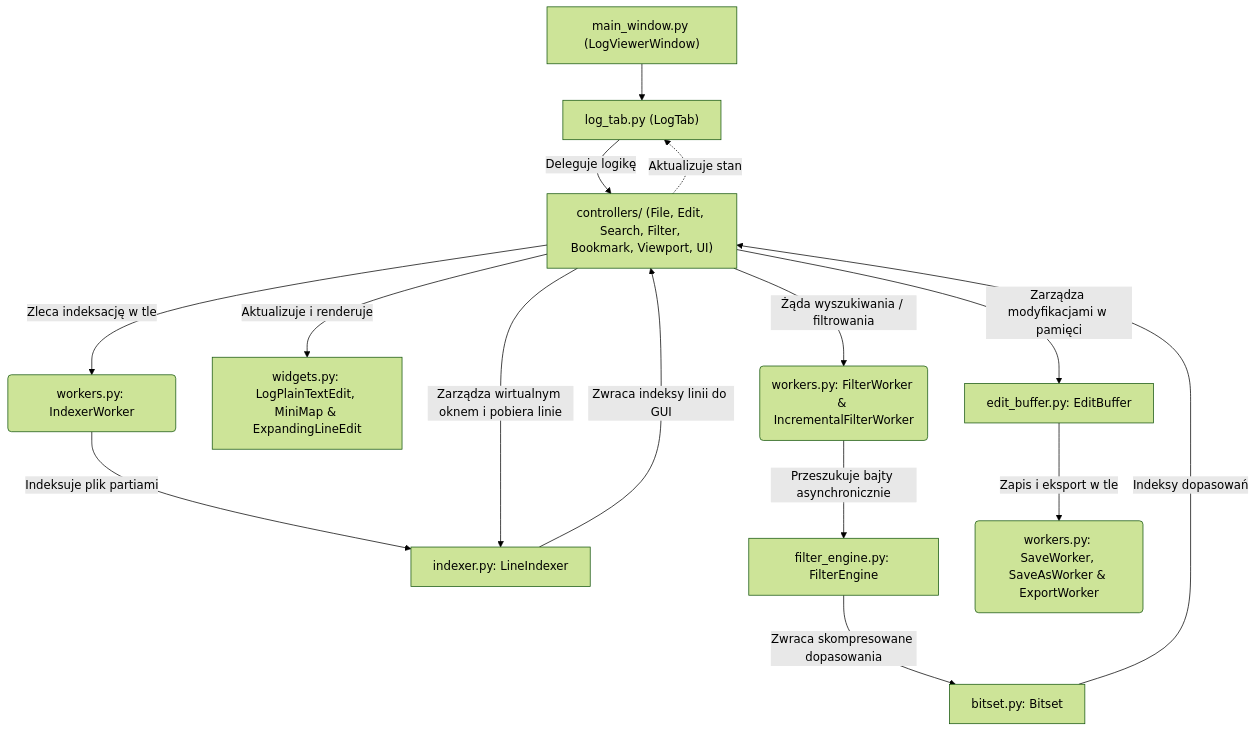
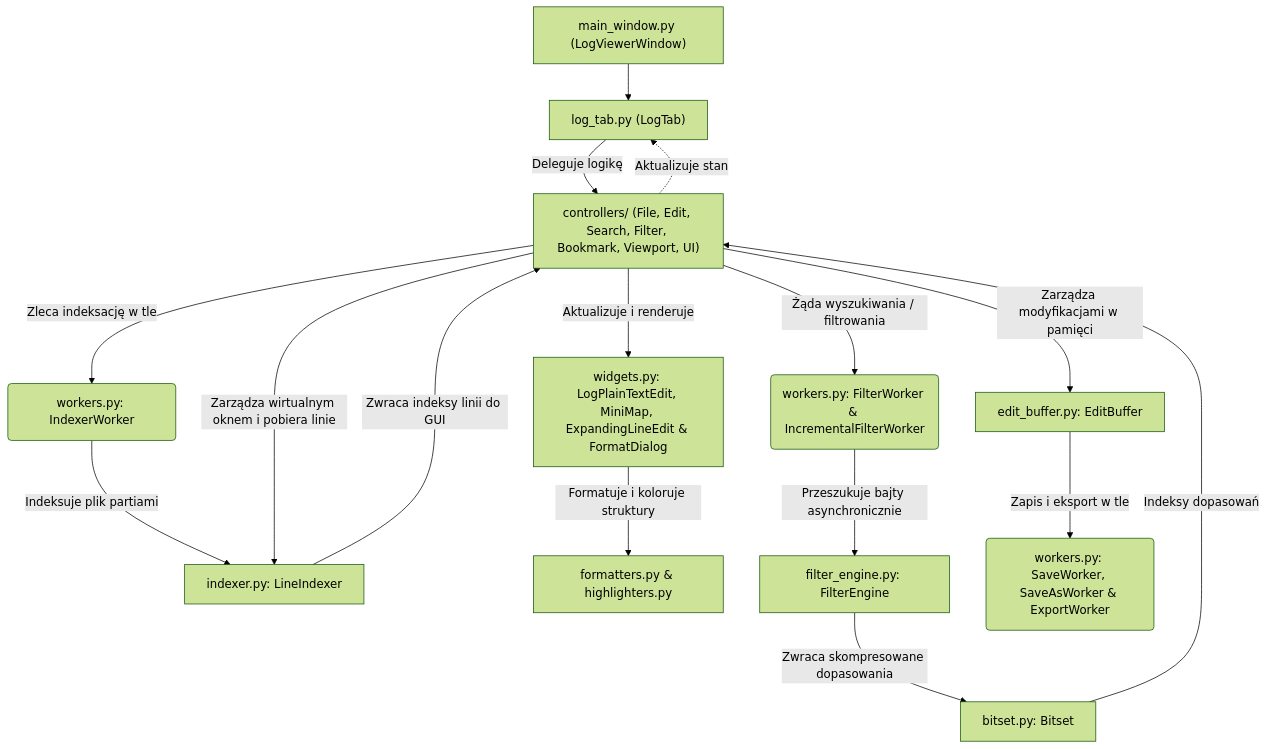
Before and after one commit to asmodeus94/log-viewer: the diagram in ARCHITECTURE.md, drawn with Mermaid (forest theme). The commit also changed other lines of this file and 18 other files, not shown here.

Commit message:
feat(search,formatter): podswietlanie podciagow wyszukiwania oraz rozbudowa FormatDialog (wyszukiwarka, kolorowanie skladni, wiele struktur w linii)

````diff
--- a/ARCHITECTURE.md
+++ b/ARCHITECTURE.md
@@ -9,17 +9,18 @@
 ```mermaid
 flowchart TD
     A["main_window.py (LogViewerWindow)"] --> B["log_tab.py (LogTab)"]
     B -->|"Deleguje logikę"| Z["controllers/ (File, Edit, Search, Filter, Bookmark, Viewport, UI)"]
     Z -->|"Zleca indeksację w tle"| C("workers.py: IndexerWorker")
     C -->|"Indeksuje plik partiami"| D["indexer.py: LineIndexer"]
     D -->|"Zwraca indeksy linii do GUI"| Z
     Z -->|"Zarządza wirtualnym oknem i pobiera linie"| D
-    Z -->|"Aktualizuje i renderuje"| E["widgets.py: LogPlainTextEdit, MiniMap & ExpandingLineEdit"]
+    Z -->|"Aktualizuje i renderuje"| E["widgets.py: LogPlainTextEdit, MiniMap, ExpandingLineEdit & FormatDialog"]
+    E -->|"Formatuje i koloruje struktury"| FH["formatters.py & highlighters.py"]
     Z -->|"Żąda wyszukiwania / filtrowania"| F("workers.py: FilterWorker & IncrementalFilterWorker")
     F -->|"Przeszukuje bajty asynchronicznie"| G["filter_engine.py: FilterEngine"]
     G -->|"Zwraca skompresowane dopasowania"| H["bitset.py: Bitset"]
     H -->|"Indeksy dopasowań"| Z
     Z -->|"Zarządza modyfikacjami w pamięci"| EB["edit_buffer.py: EditBuffer"]
     EB -->|"Zapis i eksport w tle"| W2("workers.py: SaveWorker, SaveAsWorker & ExportWorker")
     Z -.->|"Aktualizuje stan"| B
 ```
````
